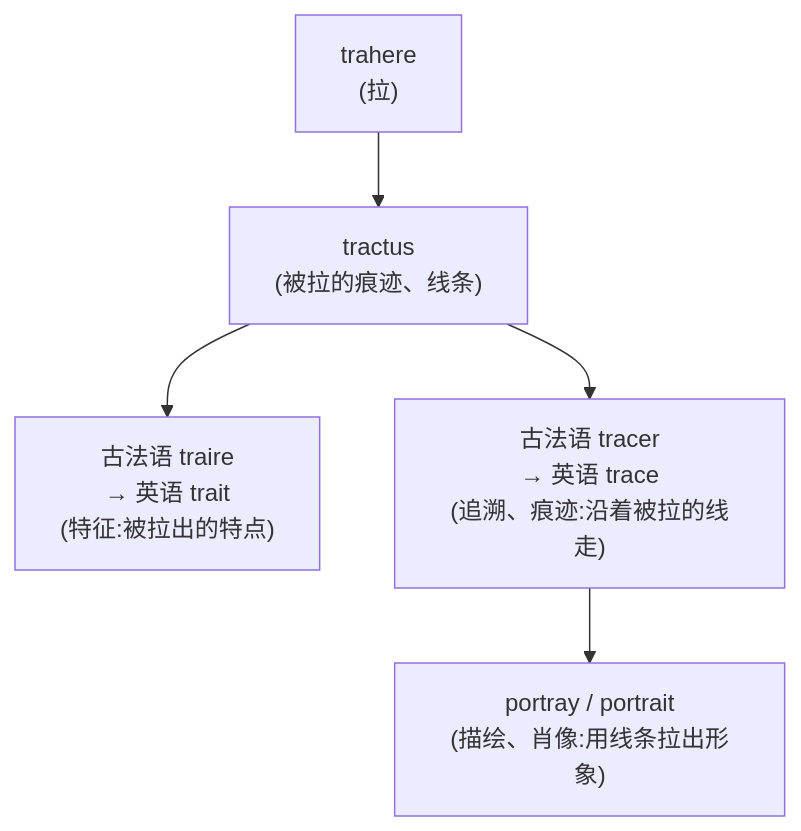
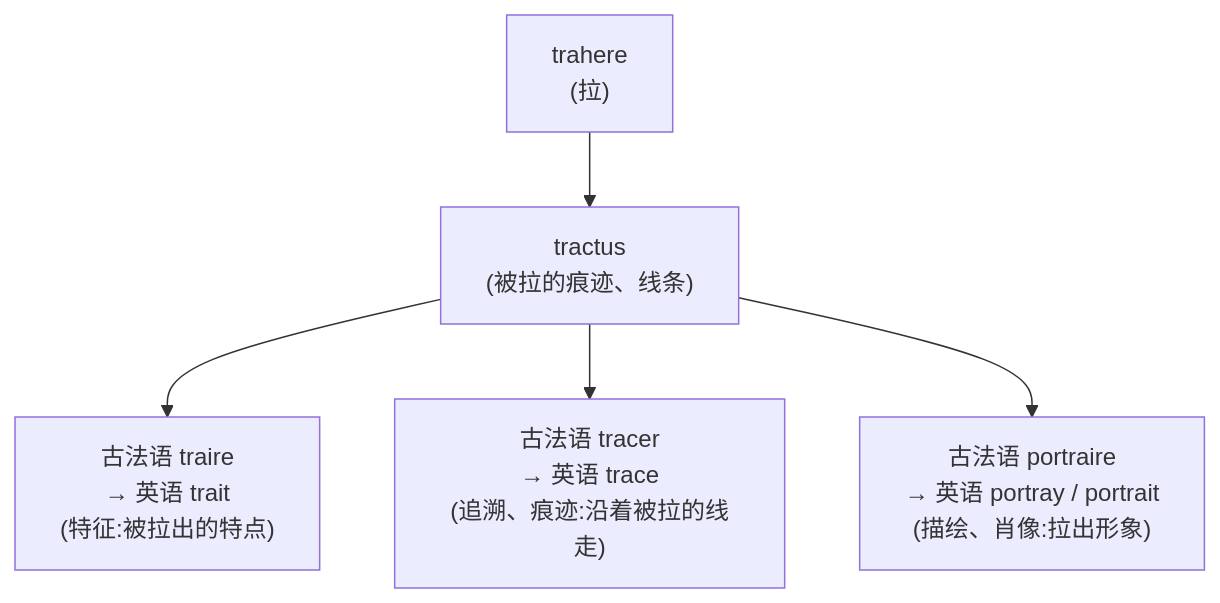
The sixth of 6 diagrams in 02-拉丁之根/第08章-trahere家族.md (swiftczz/roots-affixes-book), drawn with Mermaid before and after one commit. The commit also changed 14 other files, not shown here.

First line of the commit message:
fix: 全书二轮审阅修正——词源准确性、关系图箭头、历史叙述限定

````diff
--- a/02-拉丁之根/第08章-trahere家族.md
+++ b/02-拉丁之根/第08章-trahere家族.md
@@ -186,7 +186,7 @@
 ```mermaid
 flowchart TD
     L1["trahere<br/>(拉)"] --> L2["tractus<br/>(被拉的痕迹、线条)"]
     L2 --> R1["古法语 traire<br/>→ 英语 trait<br/>(特征:被拉出的特点)"]
     L2 --> R2["古法语 tracer<br/>→ 英语 trace<br/>(追溯、痕迹:沿着被拉的线走)"]
-    R2 --> R3["portray / portrait<br/>(描绘、肖像:用线条拉出形象)"]
+    L2 --> R3["古法语 portraire<br/>→ 英语 portray / portrait<br/>(描绘、肖像:拉出形象)"]
 ```
````
